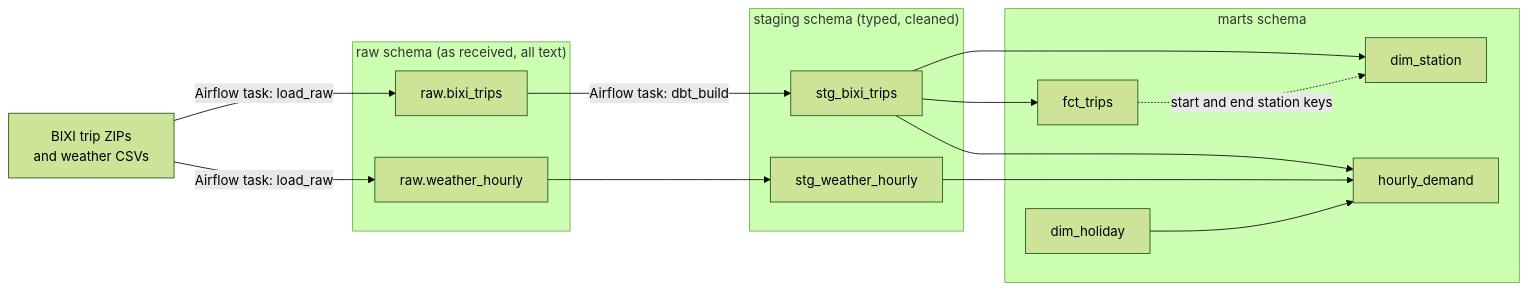
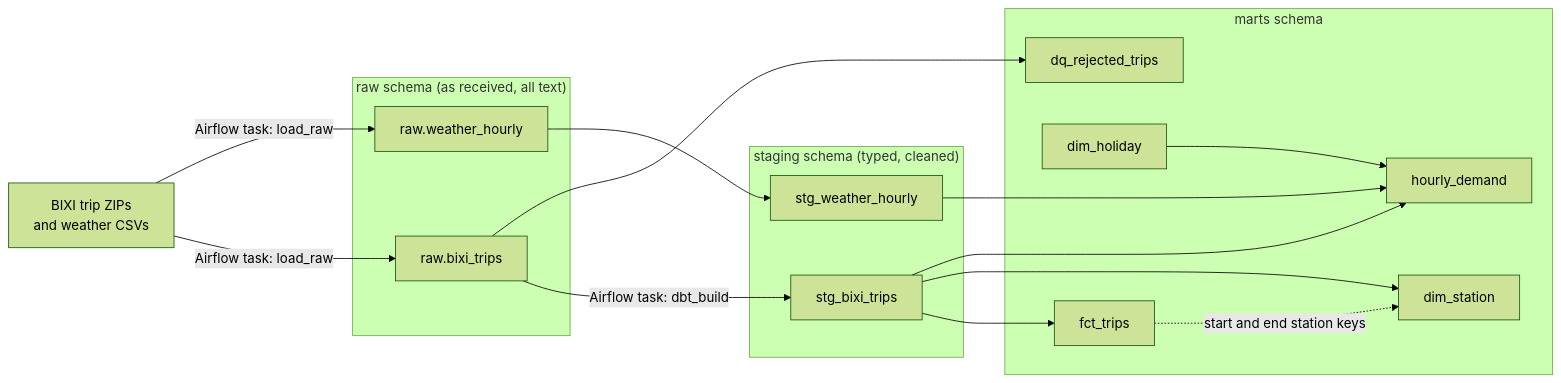
One commit to NadaAf25/bixi-data-platform changed the diagram in README.md. Above: the diagram before and after it, drawn with Mermaid (forest theme). The commit also changed other lines of this file, not shown here.

First line of the commit message:
Document rejected trips report and data quality tests in README

````diff
--- a/README.md
+++ b/README.md
@@ -7,32 +7,34 @@
 ```mermaid
 flowchart LR
     files["BIXI trip ZIPs<br/>and weather CSVs"]
 
     subgraph raw ["raw schema (as received, all text)"]
         raw_trips["raw.bixi_trips"]
         raw_weather["raw.weather_hourly"]
     end
 
     subgraph staging ["staging schema (typed, cleaned)"]
         stg_trips["stg_bixi_trips"]
         stg_weather["stg_weather_hourly"]
     end
 
     subgraph marts ["marts schema"]
         fct_trips["fct_trips"]
         dim_station["dim_station"]
         hourly["hourly_demand"]
         dim_holiday["dim_holiday"]
+        dq["dq_rejected_trips"]
     end
 
     files -->|"Airflow task: load_raw"| raw_trips
     files -->|"Airflow task: load_raw"| raw_weather
     raw_trips -->|"Airflow task: dbt_build"| stg_trips
+    raw_trips --> dq
     raw_weather --> stg_weather
     stg_trips --> fct_trips
     stg_trips --> dim_station
     stg_trips --> hourly
     stg_weather --> hourly
     dim_holiday --> hourly
     fct_trips -.->|"start and end station keys"| dim_station
 ```
````
